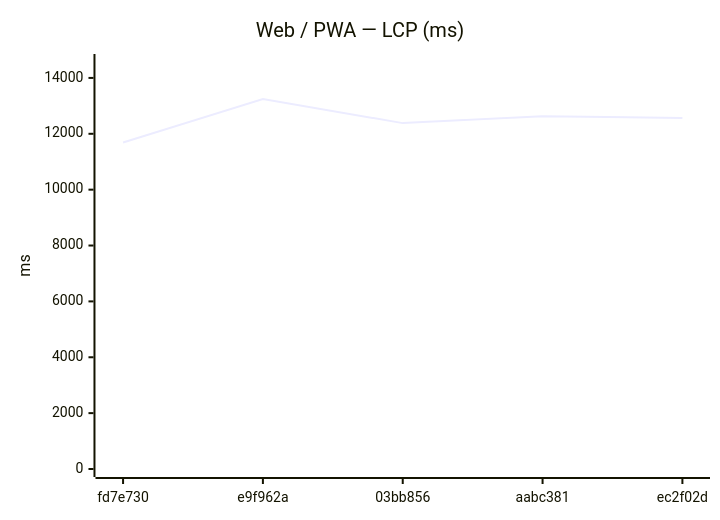
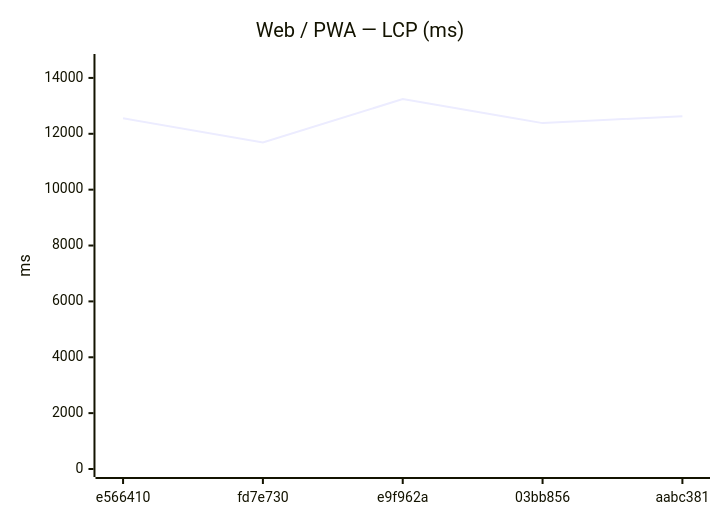
One commit to Metaheurist/Rianell changed the seventh of 18 diagrams in benchmarks/compare.md. Above: the diagram before and after it, drawn with Mermaid. The commit also changed other lines of this file and 11 other files, not shown here.

````diff
--- a/benchmarks/compare.md
+++ b/benchmarks/compare.md
@@ -117,7 +117,7 @@
 ```mermaid
 xychart-beta
     title "Web / PWA — LCP (ms)"
-    x-axis ["fd7e730", "e9f962a", "03bb856", "aabc381", "ec2f02d"]
+    x-axis ["e566410", "fd7e730", "e9f962a", "03bb856", "aabc381"]
     y-axis "ms" 0 --> 14570
-    line [11687, 13245, 12382, 12632, 12566]
+    line [12553, 11687, 13245, 12382, 12632]
 ```
````
